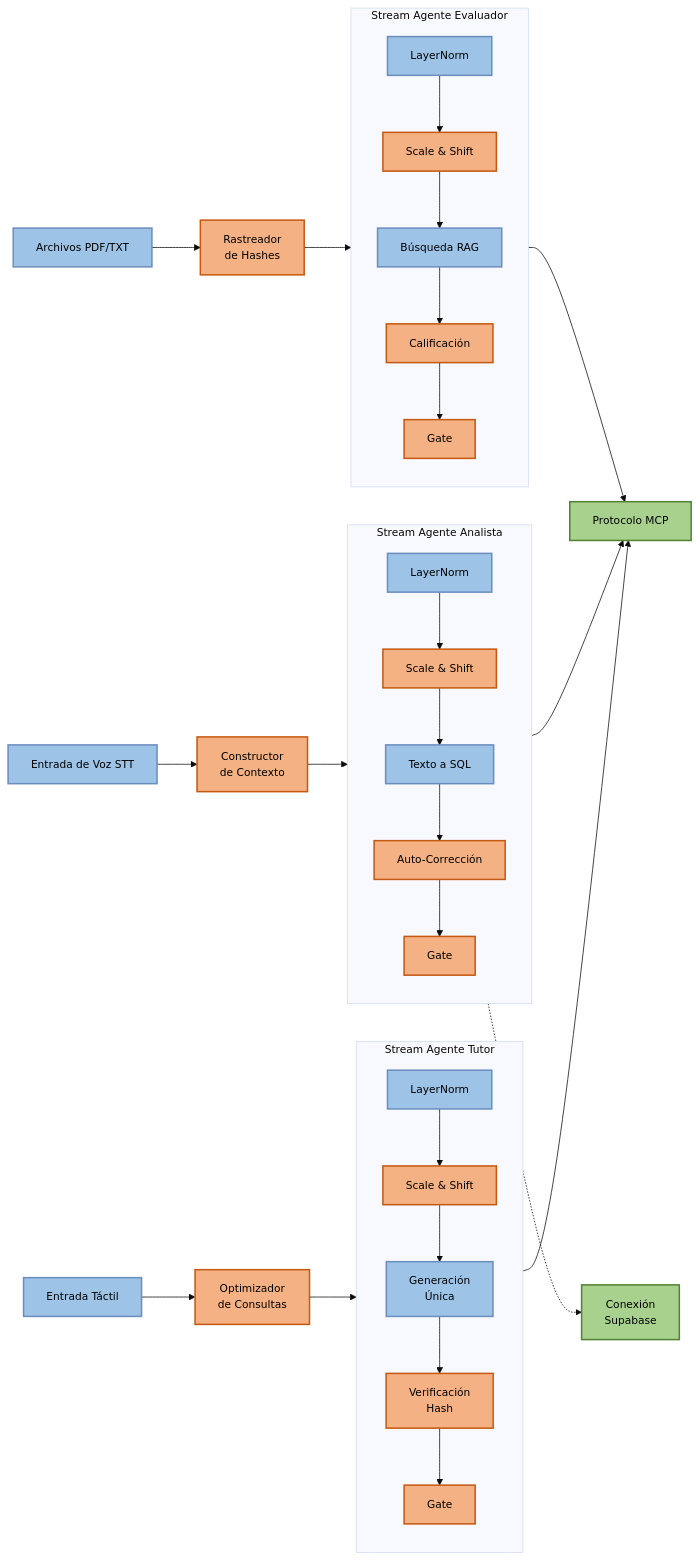
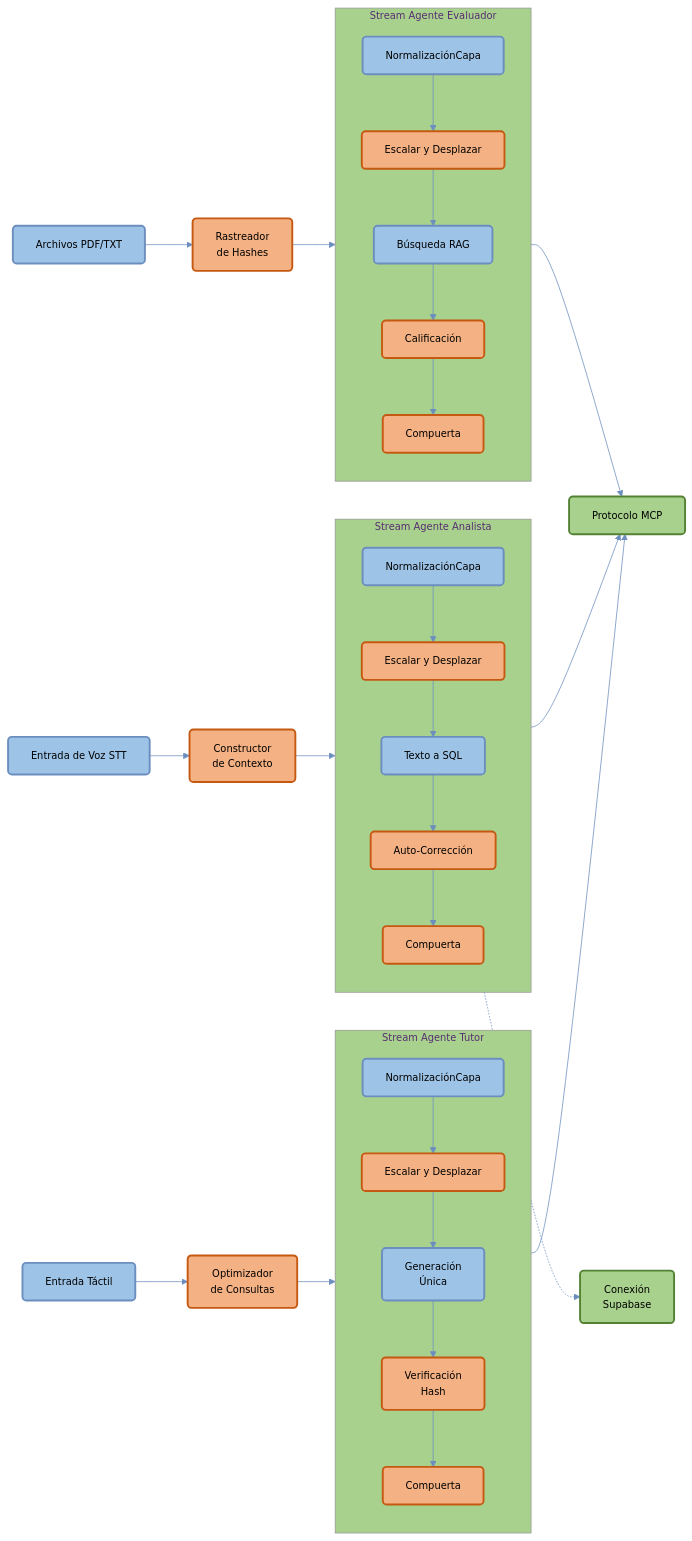
The first of 2 diagrams in README.md (Jesuh02/ProjectCourseV1), drawn with Mermaid before and after one commit. The commit also changed other lines of this file, not shown here.

````diff
--- a/README.md
+++ b/README.md
@@ -68,69 +68,69 @@
 ```mermaid
-%%{init: {'theme': 'base', 'themeVariables': { 'fontSize': '14px'}}}%%
+%%{init: {'theme': 'base', 'themeVariables': { 'background': '#ffffff', 'primaryColor': '#9dc3e6', 'primaryTextColor': '#000', 'primaryBorderColor': '#6c8ebf', 'lineColor': '#6c8ebf', 'secondaryColor': '#f4b183', 'tertiaryColor': '#a9d18e', 'fontSize': '13px'}}}%%
 flowchart LR
-    %% Estilos tipo HY-Motion DiT
-    classDef blue fill:#9dc3e6,stroke:#6c8ebf,color:#000,stroke-width:2px
-    classDef orange fill:#f4b183,stroke:#c65911,color:#000,stroke-width:2px
-    classDef green fill:#a9d18e,stroke:#548235,color:#000,stroke-width:2px
+    %% Estilos tipo HY-Motion DiT con fondo claro
+    classDef blue fill:#9dc3e6,stroke:#6c8ebf,color:#000,stroke-width:2.5px,rx:5,ry:5
+    classDef orange fill:#f4b183,stroke:#c65911,color:#000,stroke-width:2.5px,rx:5,ry:5
+    classDef green fill:#a9d18e,stroke:#548235,color:#000,stroke-width:2.5px,rx:5,ry:5
 
     %% ENTRADA
     Input1[Entrada Táctil]:::blue
     Input2[Entrada de Voz STT]:::blue
     Input3[Archivos PDF/TXT]:::blue
 
     %% PROCESAMIENTO
     Proc1[Optimizador<br/>de Consultas]:::orange
     Proc2[Constructor<br/>de Contexto]:::orange
     Proc3[Rastreador<br/>de Hashes]:::orange
 
     %% STREAM 1: AGENTE TUTOR
     subgraph Stream1 [" Stream Agente Tutor "]
         direction TB
-        S1_1[LayerNorm]:::blue
-        S1_2[Scale & Shift]:::orange
+        S1_1[NormalizaciónCapa]:::blue
+        S1_2[Escalar y Desplazar]:::orange
         S1_3[Generación<br/>Única]:::blue
         S1_4[Verificación<br/>Hash]:::orange
-        S1_5[Gate]:::orange
+        S1_5[Compuerta]:::orange
         S1_1 --> S1_2 --> S1_3 --> S1_4 --> S1_5
     end
 
     %% STREAM 2: AGENTE ANALISTA
     subgraph Stream2 [" Stream Agente Analista "]
         direction TB
-        S2_1[LayerNorm]:::blue
-        S2_2[Scale & Shift]:::orange
+        S2_1[NormalizaciónCapa]:::blue
+        S2_2[Escalar y Desplazar]:::orange
         S2_3[Texto a SQL]:::blue
         S2_4[Auto-Corrección]:::orange
-        S2_5[Gate]:::orange
+        S2_5[Compuerta]:::orange
         S2_1 --> S2_2 --> S2_3 --> S2_4 --> S2_5
     end
 
     %% STREAM 3: AGENTE EVALUADOR
     subgraph Stream3 [" Stream Agente Evaluador "]
         direction TB
-        S3_1[LayerNorm]:::blue
-        S3_2[Scale & Shift]:::orange
+        S3_1[NormalizaciónCapa]:::blue
+        S3_2[Escalar y Desplazar]:::orange
         S3_3[Búsqueda RAG]:::blue
         S3_4[Calificación]:::orange
-        S3_5[Gate]:::orange
+        S3_5[Compuerta]:::orange
         S3_1 --> S3_2 --> S3_3 --> S3_4 --> S3_5
     end
 
     %% SALIDA
     Output1[Protocolo MCP]:::green
     Output2[Conexión<br/>Supabase]:::green
 
     %% CONEXIONES
     Input1 --> Proc1
     Input2 --> Proc2
     Input3 --> Proc3
 
     Proc1 --> S1_1
     Proc2 --> S2_1
     Proc3 --> S3_1
 
     S1_5 --> Output1
     S2_5 --> Output1
     S2_5 -.-> Output2
     S3_5 --> Output1
 ```
````
